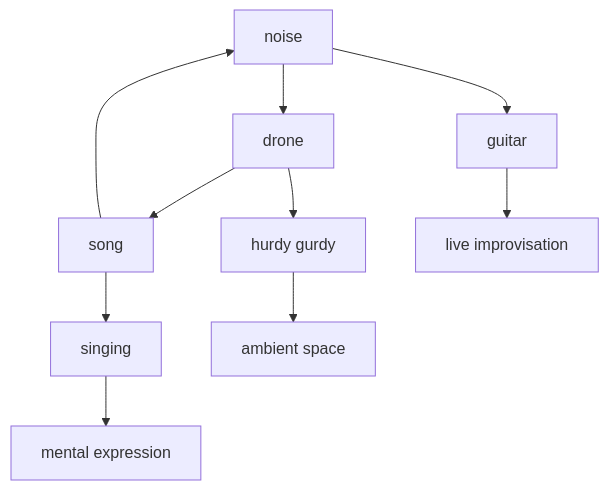
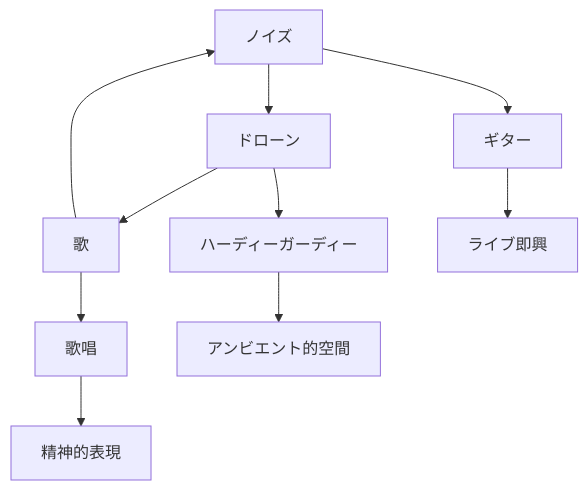
One commit to monumental-movement/monumental-movement.github.io changed the fourth of 9 diagrams in en/_posts/2026-03-06-column-keiji-haino.md. Above: the diagram before and after it, drawn with Mermaid. The commit also changed other lines of this file and 2196 other files, not shown here.

```diff
--- a/en/_posts/2026-03-06-column-keiji-haino.md
+++ b/en/_posts/2026-03-06-column-keiji-haino.md
@@ -488,21 +488,21 @@
 <div class="mermaid">
 
 graph TD
 
-Noise[noise]
-Drone[drone]
-Voice[song]
+Noise[ノイズ]
+Drone[ドローン]
+Voice[歌]
 
 Noise --> Drone
 Drone --> Voice
 Voice --> Noise
 
-Noise --> Guitar[guitar]
-Drone --> HurdyGurdy[hurdy gurdy]
-Voice --> Song[singing]
+Noise --> Guitar[ギター]
+Drone --> HurdyGurdy[ハーディーガーディー]
+Voice --> Song[歌唱]
 
-Guitar --> Live[live improvisation]
-HurdyGurdy --> Ambient[ambient space]
-Song --> Spiritual[mental expression]
+Guitar --> Live[ライブ即興]
+HurdyGurdy --> Ambient[アンビエント的空間]
+Song --> Spiritual[精神的表現]
 
 </div>
```
